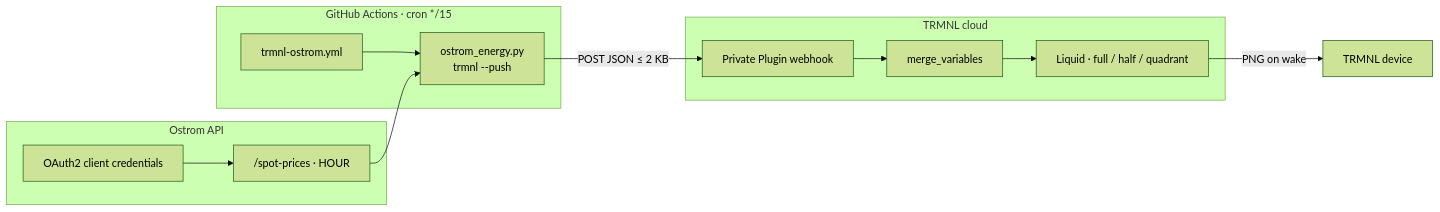
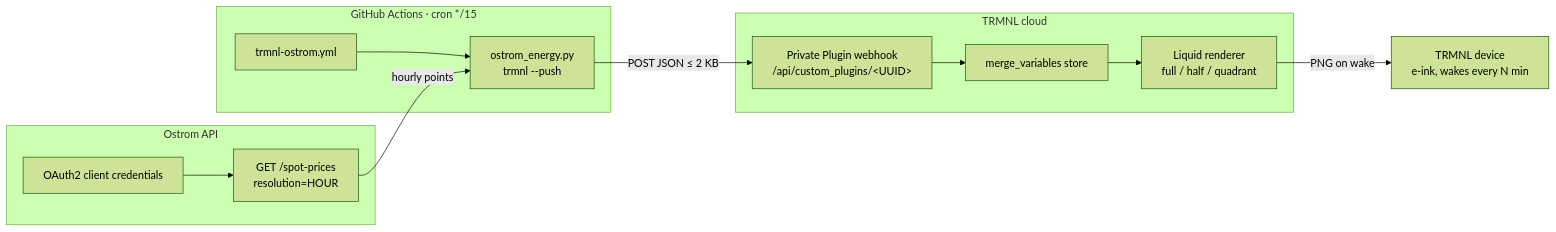
One commit to pmagnomuller/trmnl-ostrom changed the first of 6 diagrams in README.md. Above: the diagram before and after it, drawn with Mermaid (forest theme). The commit also changed other lines of this file, not shown here.

First line of the commit message:
Expand README to document architecture, payload, and setup.

````diff
--- a/README.md
+++ b/README.md
@@ -13,24 +40,25 @@
 ```mermaid
 flowchart LR
     subgraph Ostrom["Ostrom API"]
         A["OAuth2 client credentials"]
-        P["/spot-prices · HOUR"]
+        P["GET /spot-prices<br/>resolution=HOUR"]
     end
 
     subgraph GH["GitHub Actions · cron */15"]
         W["trmnl-ostrom.yml"] --> S["ostrom_energy.py<br/>trmnl --push"]
     end
 
     subgraph TRMNL["TRMNL cloud"]
-        H["Private Plugin webhook"]
-        M["merge_variables"]
-        R["Liquid · full / half / quadrant"]
+        H["Private Plugin webhook<br/>/api/custom_plugins/&lt;UUID&gt;"]
+        M["merge_variables store"]
+        R["Liquid renderer<br/>full / half / quadrant"]
         H --> M --> R
     end
 
-    D["TRMNL device"]
+    D["TRMNL device<br/>e-ink, wakes every N min"]
 
-    A --> P --> S
+    A --> P
+    P -- "hourly points" --> S
     S -- "POST JSON ≤ 2 KB" --> H
     R -- "PNG on wake" --> D
 ```
````
